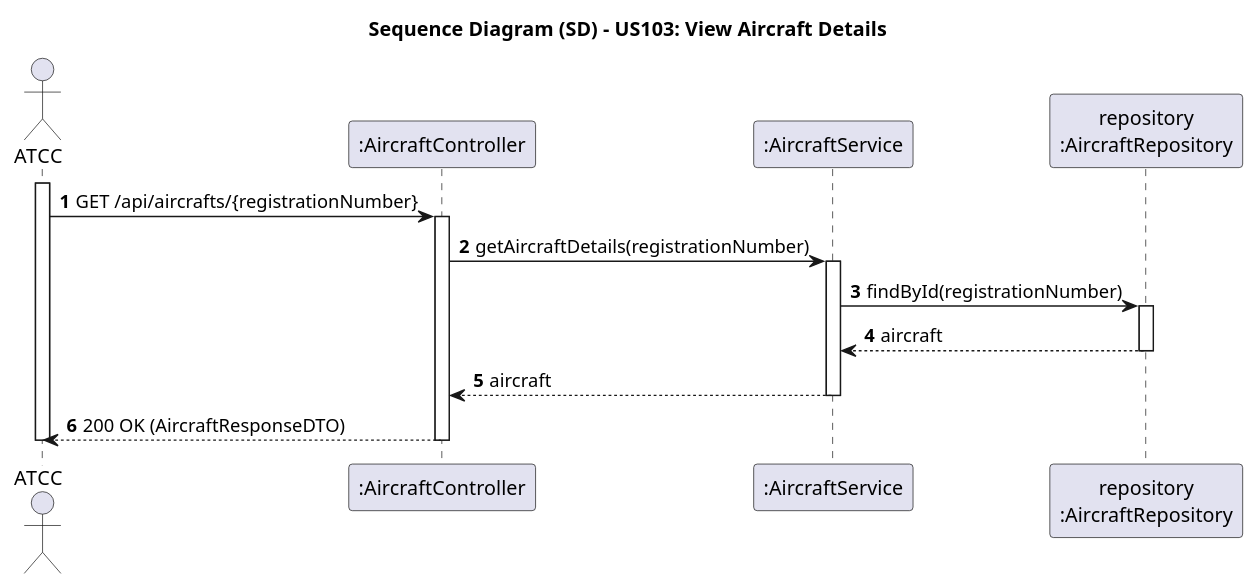
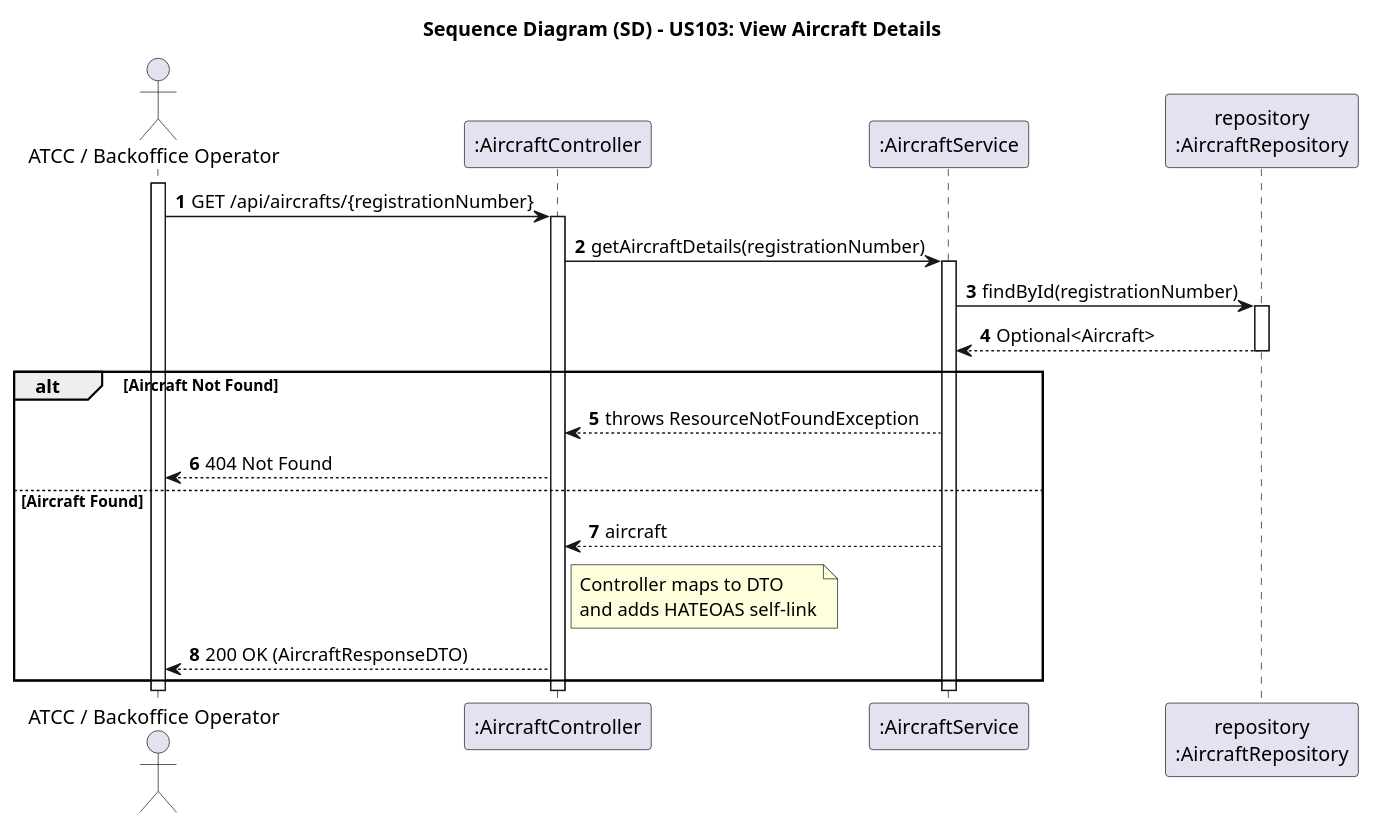
The diagram in docs/use-cases/WP#1A/US103/puml/US103-SD.puml (Andre-1240567/psoft2026_2DB_1240567_1241013_1240624), drawn with PlantUML before and after one commit. The commit also changed 26 other files, not shown here.

```diff
--- a/docs/use-cases/WP#1A/US103/puml/US103-SD.puml
+++ b/docs/use-cases/WP#1A/US103/puml/US103-SD.puml
@@ -1,28 +1,35 @@
 @startuml US103-SD
 autonumber
 title Sequence Diagram (SD) - US103: View Aircraft Details
 
-actor "ATCC" as ATCC
+actor "ATCC / Backoffice Operator" as Actor
 participant ":AircraftController" as Ctrl
 participant ":AircraftService" as Service
 participant "repository\n:AircraftRepository" as Repo
 
-activate ATCC
-ATCC -> Ctrl: GET /api/aircrafts/{registrationNumber}
+activate Actor
+Actor -> Ctrl: GET /api/aircrafts/{registrationNumber}
 activate Ctrl
 
 Ctrl -> Service: getAircraftDetails(registrationNumber)
 activate Service
 
 Service -> Repo: findById(registrationNumber)
 activate Repo
-Repo --> Service: aircraft
+Repo --> Service: Optional<Aircraft>
 deactivate Repo
 
-Service --> Ctrl: aircraft
+alt Aircraft Not Found
+    Service --> Ctrl: throws ResourceNotFoundException
+    Ctrl --> Actor: 404 Not Found
+else Aircraft Found
+    Service --> Ctrl: aircraft
+
+    note right of Ctrl: Controller maps to DTO\nand adds HATEOAS self-link
+
+    Ctrl --> Actor: 200 OK (AircraftResponseDTO)
+end
 deactivate Service
-
-Ctrl --> ATCC: 200 OK (AircraftResponseDTO)
 deactivate Ctrl
-deactivate ATCC
+deactivate Actor
 @enduml
```
